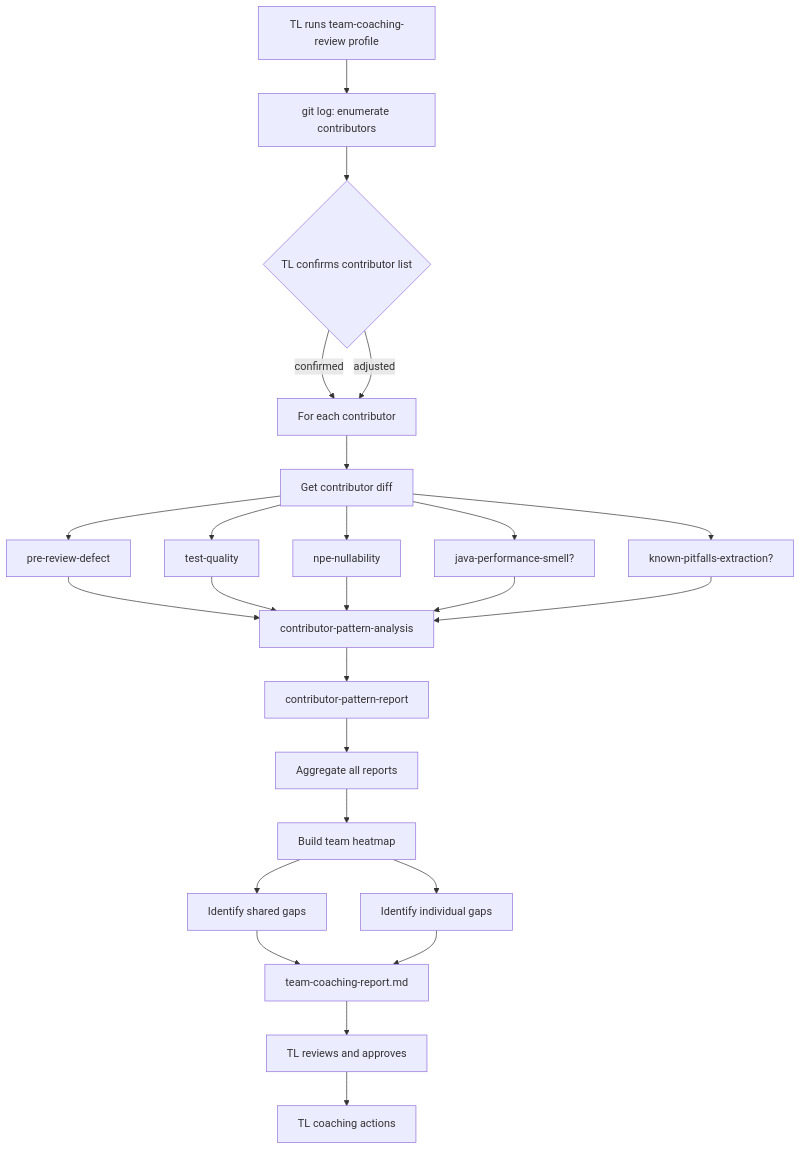
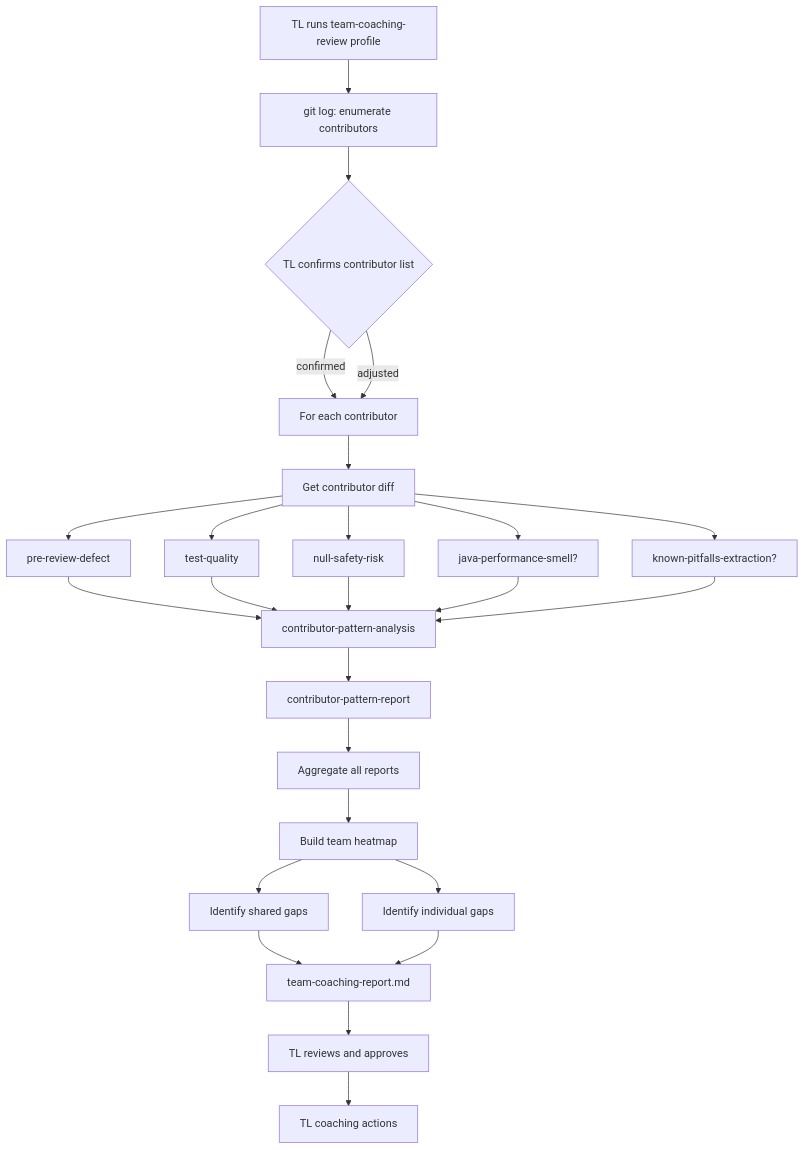
The diagram in agents/team-coaching-report-agent/AGENT.md (bruuuuuce/mana), drawn with Mermaid before and after one commit. The commit also changed other lines of this file and 21 other files, not shown here.

Commit message:
Add dev-assist profile, Mana logo, and language-agnostic null-safety-risk skill

````diff
--- a/agents/team-coaching-report-agent/AGENT.md
+++ b/agents/team-coaching-report-agent/AGENT.md
@@ -224,22 +224,22 @@
 ```mermaid
 flowchart TD
     Start[TL runs team-coaching-review profile] --> GitLog[git log: enumerate contributors]
     GitLog --> Gate1{TL confirms contributor list}
     Gate1 -->|confirmed| PerContrib[For each contributor]
     Gate1 -->|adjusted| PerContrib
     PerContrib --> Diff[Get contributor diff]
     Diff --> Defect[pre-review-defect]
     Diff --> Test[test-quality]
-    Diff --> NPE[npe-nullability]
+    Diff --> NPE[null-safety-risk]
     Diff --> Perf[java-performance-smell?]
     Diff --> Pitfall[known-pitfalls-extraction?]
     Defect & Test & NPE & Perf & Pitfall --> Pattern[contributor-pattern-analysis]
     Pattern --> PatReport[contributor-pattern-report]
     PatReport --> Agg[Aggregate all reports]
     Agg --> Heatmap[Build team heatmap]
     Heatmap --> SharedGaps[Identify shared gaps]
     Heatmap --> IndivGaps[Identify individual gaps]
     SharedGaps & IndivGaps --> Report[team-coaching-report.md]
     Report --> Gate2[TL reviews and approves]
     Gate2 --> Action[TL coaching actions]
 ```
````
